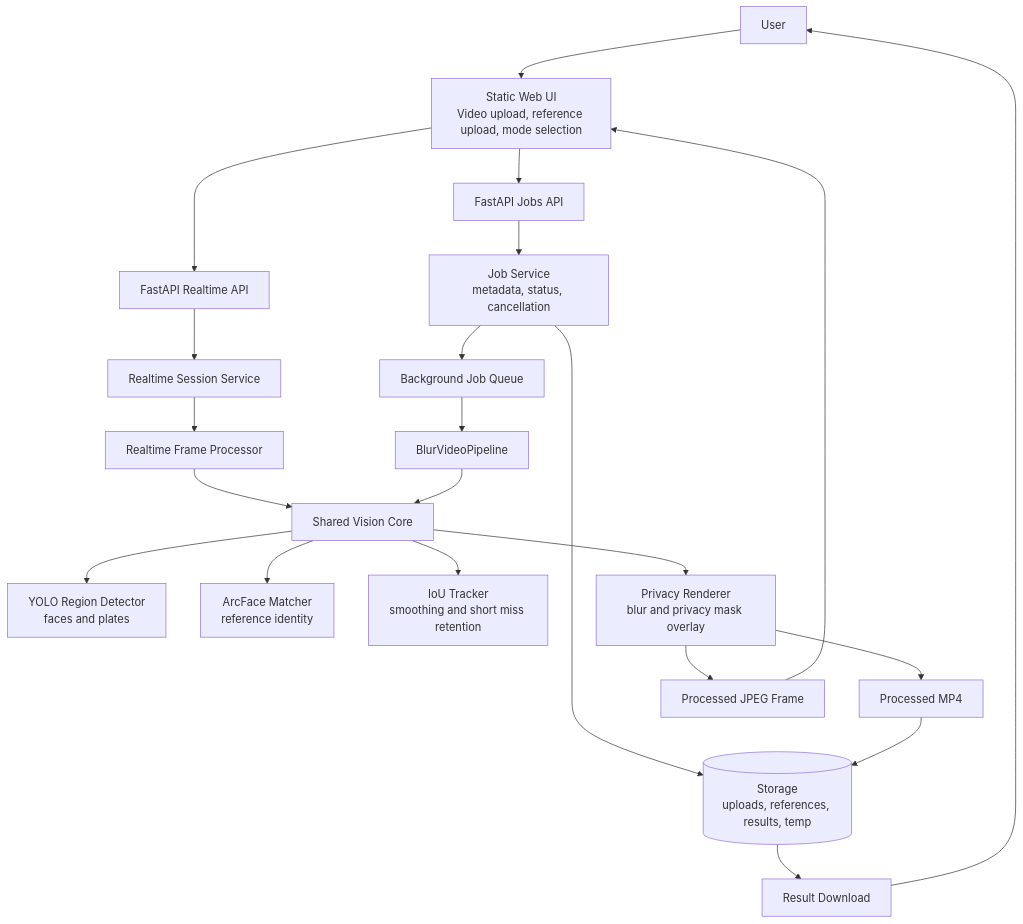
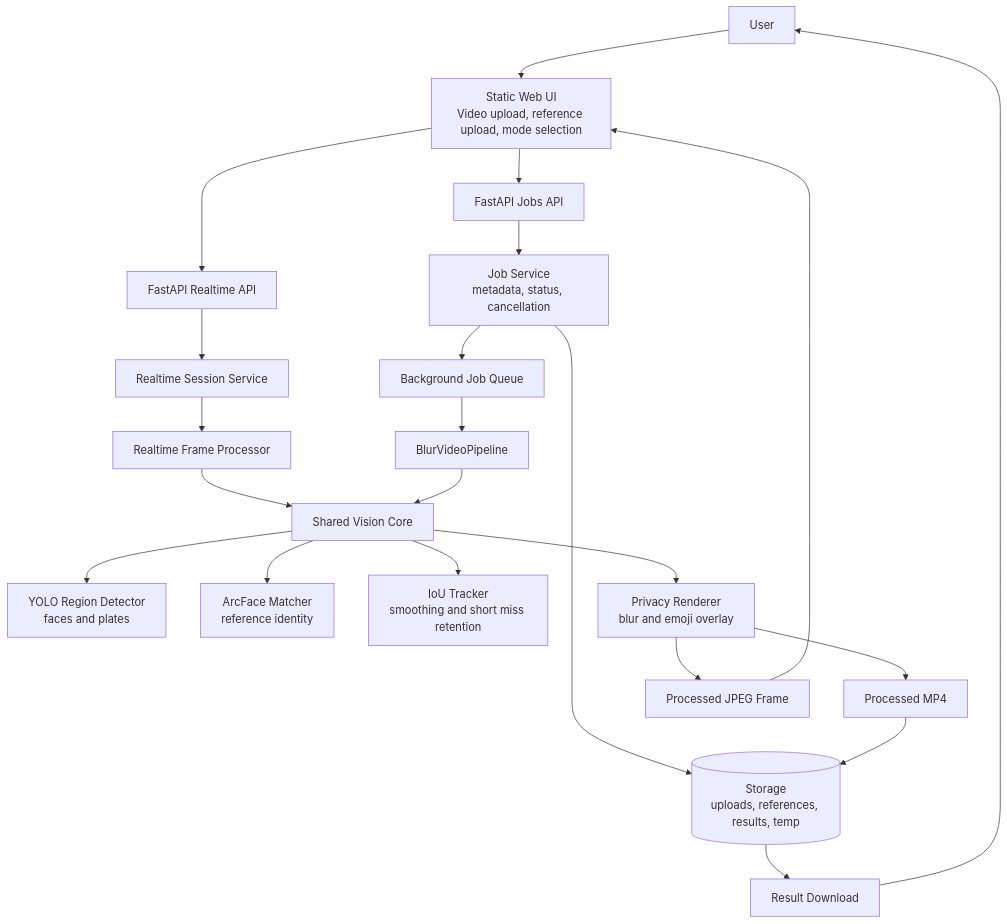
The diagram in README.md (iamdbstjd/Deepdetect), drawn with Mermaid before and after one commit. The commit also changed other lines of this file and 16 other files, not shown here.

````diff
--- a/README.md
+++ b/README.md
@@ -48,29 +48,29 @@
 ```mermaid
 flowchart TD
     User[User] --> WebUI[Static Web UI<br/>Video upload, reference upload, mode selection]
     WebUI --> JobsAPI[FastAPI Jobs API]
     WebUI --> RealtimeAPI[FastAPI Realtime API]
 
     JobsAPI --> JobService[Job Service<br/>metadata, status, cancellation]
     JobService --> Queue[Background Job Queue]
     Queue --> Pipeline[BlurVideoPipeline]
 
     RealtimeAPI --> RealtimeSession[Realtime Session Service]
     RealtimeSession --> FrameProcessor[Realtime Frame Processor]
     FrameProcessor --> VisionCore[Shared Vision Core]
     Pipeline --> VisionCore
 
     VisionCore --> Detector[YOLO Region Detector<br/>faces and plates]
     VisionCore --> Matcher[ArcFace Matcher<br/>reference identity]
     VisionCore --> Tracker[IoU Tracker<br/>smoothing and short miss retention]
-    VisionCore --> Renderer[Privacy Renderer<br/>blur and privacy mask overlay]
+    VisionCore --> Renderer[Privacy Renderer<br/>blur and emoji overlay]
 
     Renderer --> OutputVideo[Processed MP4]
     Renderer --> OutputFrame[Processed JPEG Frame]
 
     JobService --> Storage[(Storage<br/>uploads, references, results, temp)]
     OutputVideo --> Storage
     Storage --> Download[Result Download]
     Download --> User
     OutputFrame --> WebUI
 ```
````
